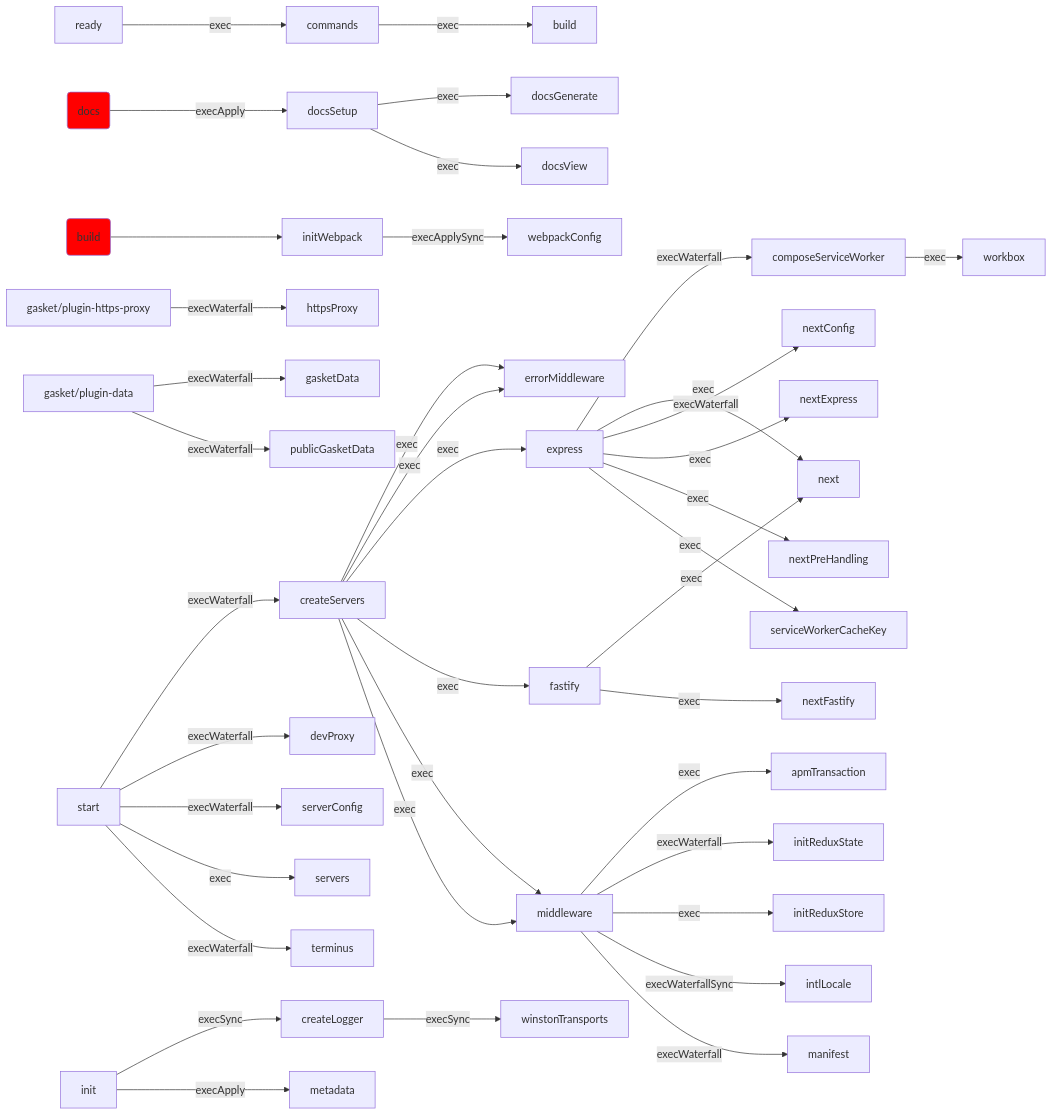
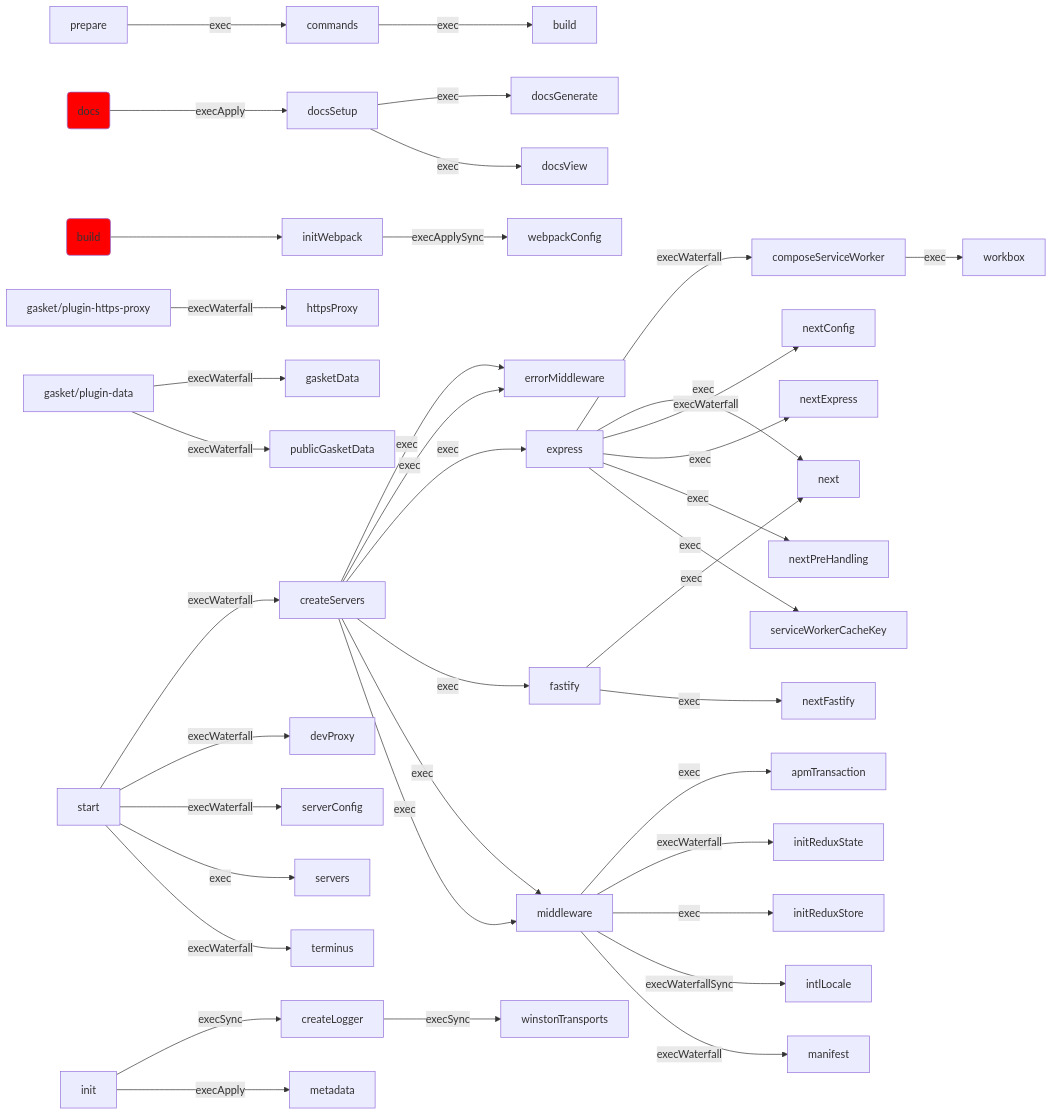
One commit to godaddy/gasket changed the diagram in docs/generated-docs/lifecycle-graphs.md. Above: the diagram before and after it, drawn with Mermaid. The commit also changed 1 other file, not shown here.

````diff
--- a/docs/generated-docs/lifecycle-graphs.md
+++ b/docs/generated-docs/lifecycle-graphs.md
@@ -1,43 +1,43 @@
 ```mermaid
 graph LR;
 middleware -- exec --> apmTransaction;
 commands -- exec --> build;
-ready -- exec --> commands;
+prepare -- exec --> commands;
 express -- execWaterfall --> composeServiceWorker;
 init -- execSync --> createLogger;
 start -- execWaterfall --> createServers;
 start -- execWaterfall --> devProxy;
 docsSetup -- exec --> docsGenerate;
 docs-cmd(docs) -- execApply --> docsSetup;
 docsSetup -- exec --> docsView;
 createServers -- exec --> errorMiddleware;
 createServers -- exec --> errorMiddleware;
 createServers -- exec --> express;
 createServers -- exec --> fastify;
 gasket/plugin-data -- execWaterfall --> gasketData;
 gasket/plugin-https-proxy -- execWaterfall --> httpsProxy;
 middleware -- execWaterfall --> initReduxState;
 middleware -- exec --> initReduxStore;
 build-cmd(build) --> initWebpack;
 middleware -- execWaterfallSync --> intlLocale;
 middleware -- execWaterfall --> manifest;
 init -- execApply --> metadata;
 createServers -- exec --> middleware;
 createServers -- exec --> middleware;
 express -- exec --> next;
 fastify -- exec --> next;
 express -- execWaterfall --> nextConfig;
 express -- exec --> nextExpress;
 fastify -- exec --> nextFastify;
 express -- exec --> nextPreHandling;
 gasket/plugin-data -- execWaterfall --> publicGasketData;
 start -- execWaterfall --> serverConfig;
 start -- exec --> servers;
 express -- exec --> serviceWorkerCacheKey;
 start -- execWaterfall --> terminus;
 initWebpack -- execApplySync --> webpackConfig;
 createLogger -- execSync --> winstonTransports;
 composeServiceWorker -- exec --> workbox;
 style docs-cmd fill: red;
 style build-cmd fill: red;
 ```
````
